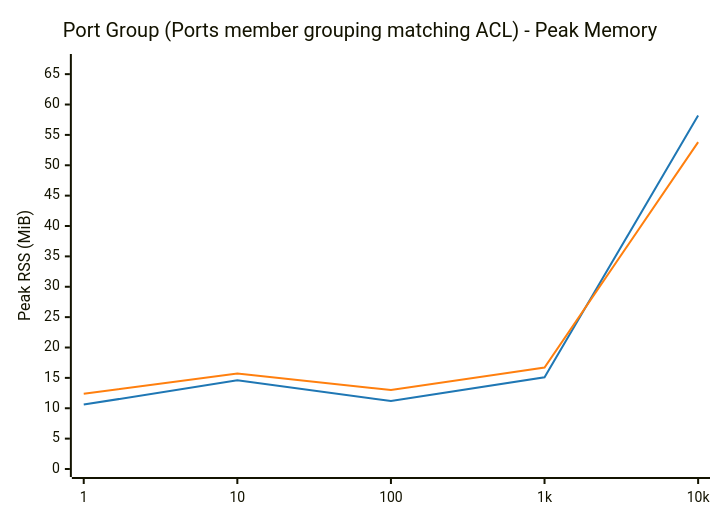
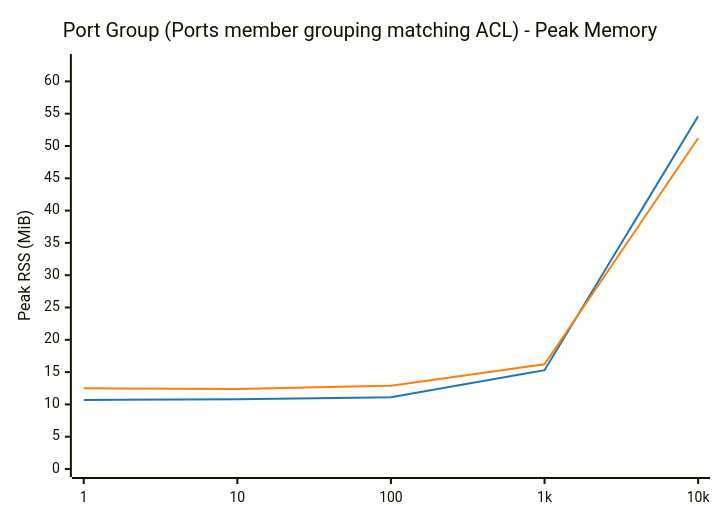
The eighth of 16 diagrams in results/BENCHMARK_REPORT.md (LionelJouin/ovs-ovn-bench), drawn with Mermaid before and after one commit. The commit also changed other lines of this file and 1 other file, not shown here.

````diff
--- a/results/BENCHMARK_REPORT.md
+++ b/results/BENCHMARK_REPORT.md
@@ -381,14 +381,14 @@
 ```mermaid
 ---
 config:
     themeVariables:
         xyChart:
             plotColorPalette: "#1f77b4, #ff7f0e"
 ---
 xychart-beta
     title "Port Group (Ports member grouping matching ACL) - Peak Memory"
     x-axis ["1", "10", "100", "1k", "10k"]
-    y-axis "Peak RSS (MiB)" 0 --> 67
-    line "glibc malloc" [10.6, 14.6, 11.2, 15.1, 58.2]
-    line "jemalloc" [12.4, 15.7, 13.0, 16.7, 53.8]
+    y-axis "Peak RSS (MiB)" 0 --> 63
+    line "glibc malloc" [10.7, 10.8, 11.1, 15.3, 54.6]
+    line "jemalloc" [12.5, 12.4, 12.9, 16.2, 51.2]
 ```
````
